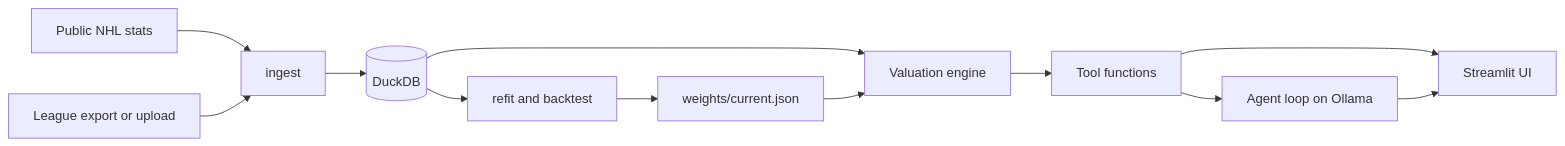
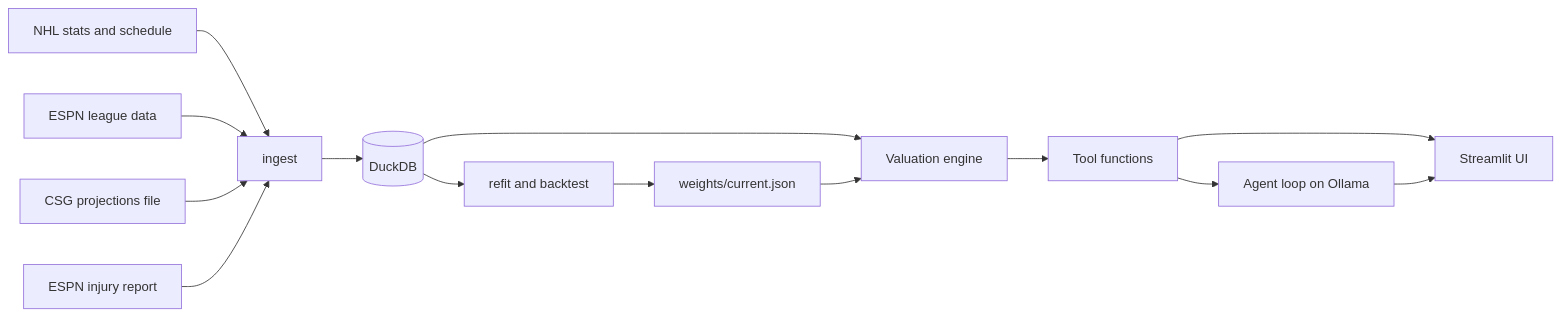
The diagram in README.md (moss-mike-SI/Dynasty-Maker), drawn with Mermaid before and after one commit. The commit also changed other lines of this file and 3 other files, not shown here.

````diff
--- a/README.md
+++ b/README.md
@@ -28,13 +31,15 @@
 ```mermaid
 flowchart LR
-  NHL[Public NHL stats] --> ING[ingest]
-  LG[League export or upload] --> ING
+  NHL[NHL stats and schedule] --> ING[ingest]
+  ESPN[ESPN league data] --> ING
+  CSG[CSG projections file] --> ING
+  INJ[ESPN injury report] --> ING
   ING --> DB[(DuckDB)]
   DB --> ENG[Valuation engine]
   W[weights/current.json] --> ENG
   DB --> FIT[refit and backtest] --> W
   ENG --> TOOLS[Tool functions]
   TOOLS --> AGENT[Agent loop on Ollama]
   TOOLS --> UI[Streamlit UI]
   AGENT --> UI
 ```
````
